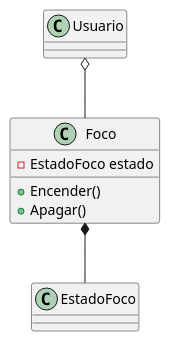
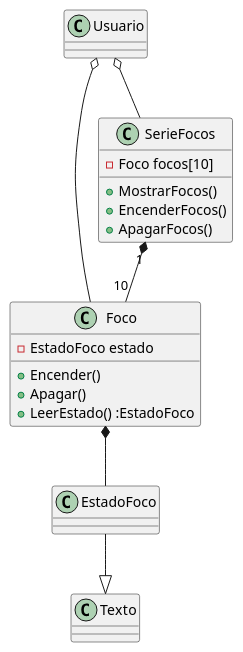
Before and after one commit to MrGrimmX/3F261-Segundo-Parcial: the diagram in docs/foco.puml, drawn with PlantUML. The commit also changed 4 other files, not shown here.

```diff
--- a/docs/foco.puml
+++ b/docs/foco.puml
@@ -1,16 +1,26 @@
 @startuml foco
 
 class Usuario
 
 class Foco{
-- EstadoFoco estado
-+ Encender()
-+ Apagar()
+    - EstadoFoco estado
+    + Encender()
+    + Apagar()
+    + LeerEstado() :EstadoFoco
 }
 
 class EstadoFoco
+class SerieFocos{
+    - Foco focos[10]
+    + MostrarFocos()
+    + EncenderFocos()
+    + ApagarFocos()
+}
 
 Usuario o-- Foco
 Foco *-- EstadoFoco
+EstadoFoco --|> Texto
+SerieFocos "1" *-- "10" Foco
+Usuario o-- SerieFocos
 
 @enduml
```
